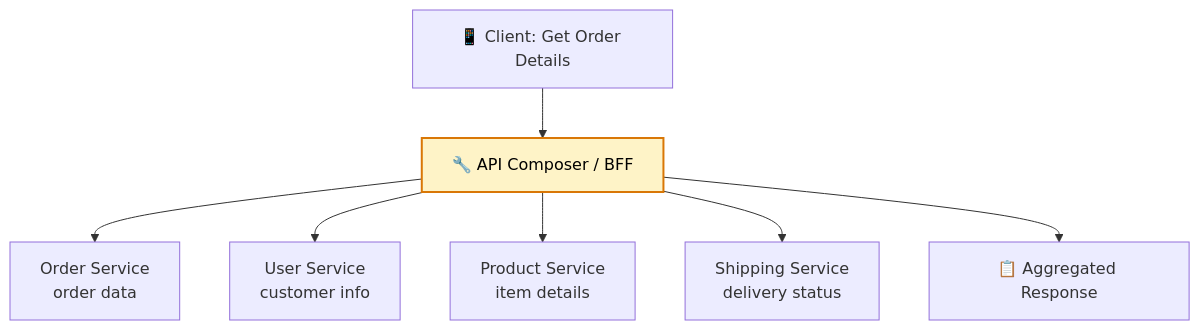
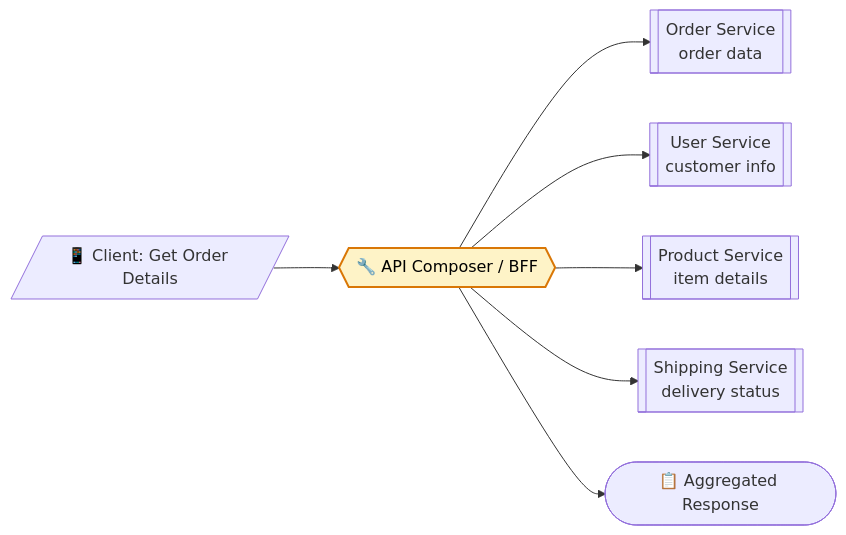
The second of 5 diagrams in docs/microservices/data-management.md (saivamsikaruturi/vamsilabs-dev-notes-main), drawn with Mermaid before and after one commit. The commit also changed other lines of this file and 146 other files, not shown here.

Commit message:
Horizontal diagrams, UML class diagrams, typography overhaul, and permalink cleanup

````diff
--- a/docs/microservices/data-management.md
+++ b/docs/microservices/data-management.md
@@ -36,12 +36,12 @@
 ```mermaid
-flowchart TD
-    C["📱 Client: Get Order Details"]
-    C --> AC["🔧 API Composer / BFF"]
-    AC --> OS["Order Service<br/>order data"]
-    AC --> US["User Service<br/>customer info"]
-    AC --> PS["Product Service<br/>item details"]
-    AC --> SS["Shipping Service<br/>delivery status"]
-    AC --> Res["📋 Aggregated Response"]
+flowchart LR
+    C[/"📱 Client: Get Order Details"/]
+    C --> AC{{"🔧 API Composer / BFF"}}
+    AC --> OS[["Order Service<br/>order data"]]
+    AC --> US[["User Service<br/>customer info"]]
+    AC --> PS[["Product Service<br/>item details"]]
+    AC --> SS[["Shipping Service<br/>delivery status"]]
+    AC --> Res(["📋 Aggregated Response"])
 
     style AC fill:#FEF3C7,stroke:#D97706,stroke-width:2px,color:#000
 ```
````
